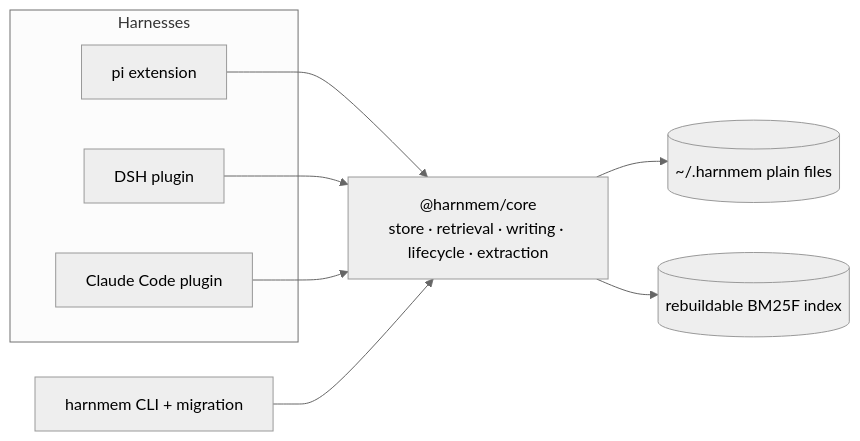
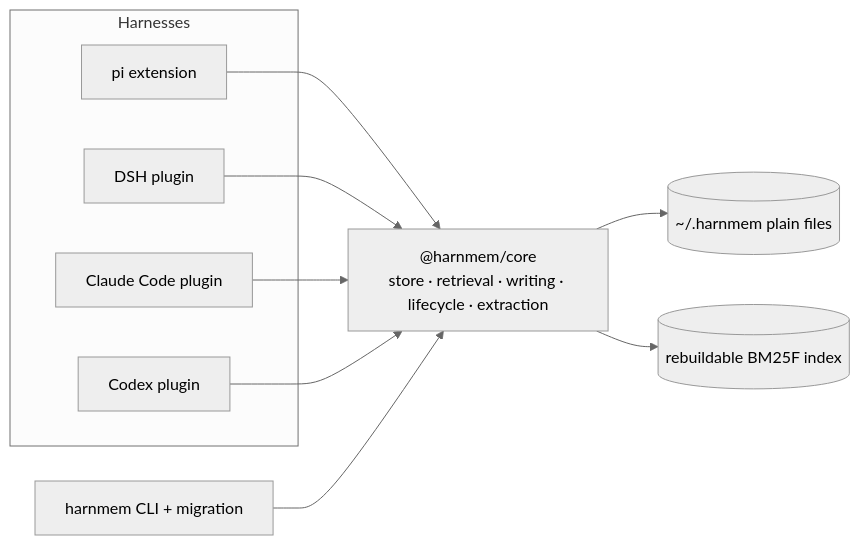
One commit to ys118/harnmem changed the diagram in README.md. Above: the diagram before and after it, drawn with Mermaid (neutral theme). The commit also changed other lines of this file, not shown here.

Commit message:
docs(readme): codex adapter 0.2.1 — install commands, adapter section, support matrix

````diff
--- a/README.md
+++ b/README.md
@@ -211,16 +237,18 @@
 ```mermaid
 flowchart LR
   subgraph Harnesses
     PI[pi extension]
     DSH[DSH plugin]
     CC[Claude Code plugin]
+    CX[Codex plugin]
   end
   CLI[harnmem CLI + migration]
   CORE["@harnmem/core<br/>store · retrieval · writing · lifecycle · extraction"]
   PI --> CORE
   DSH --> CORE
   CC --> CORE
+  CX --> CORE
   CLI --> CORE
   CORE --> STD[(~/.harnmem plain files)]
   CORE --> IDX[(rebuildable BM25F index)]
 ```
````
